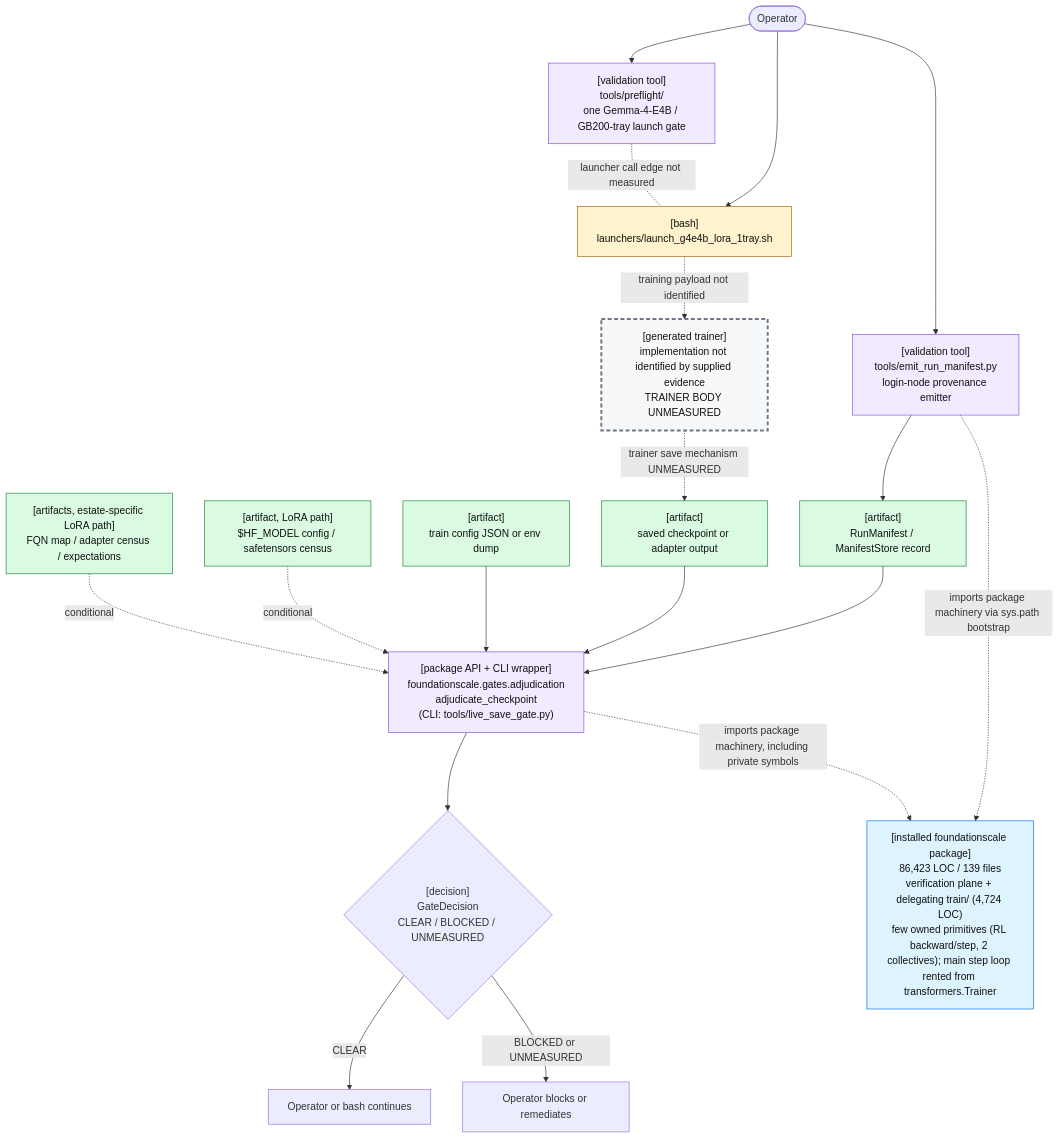
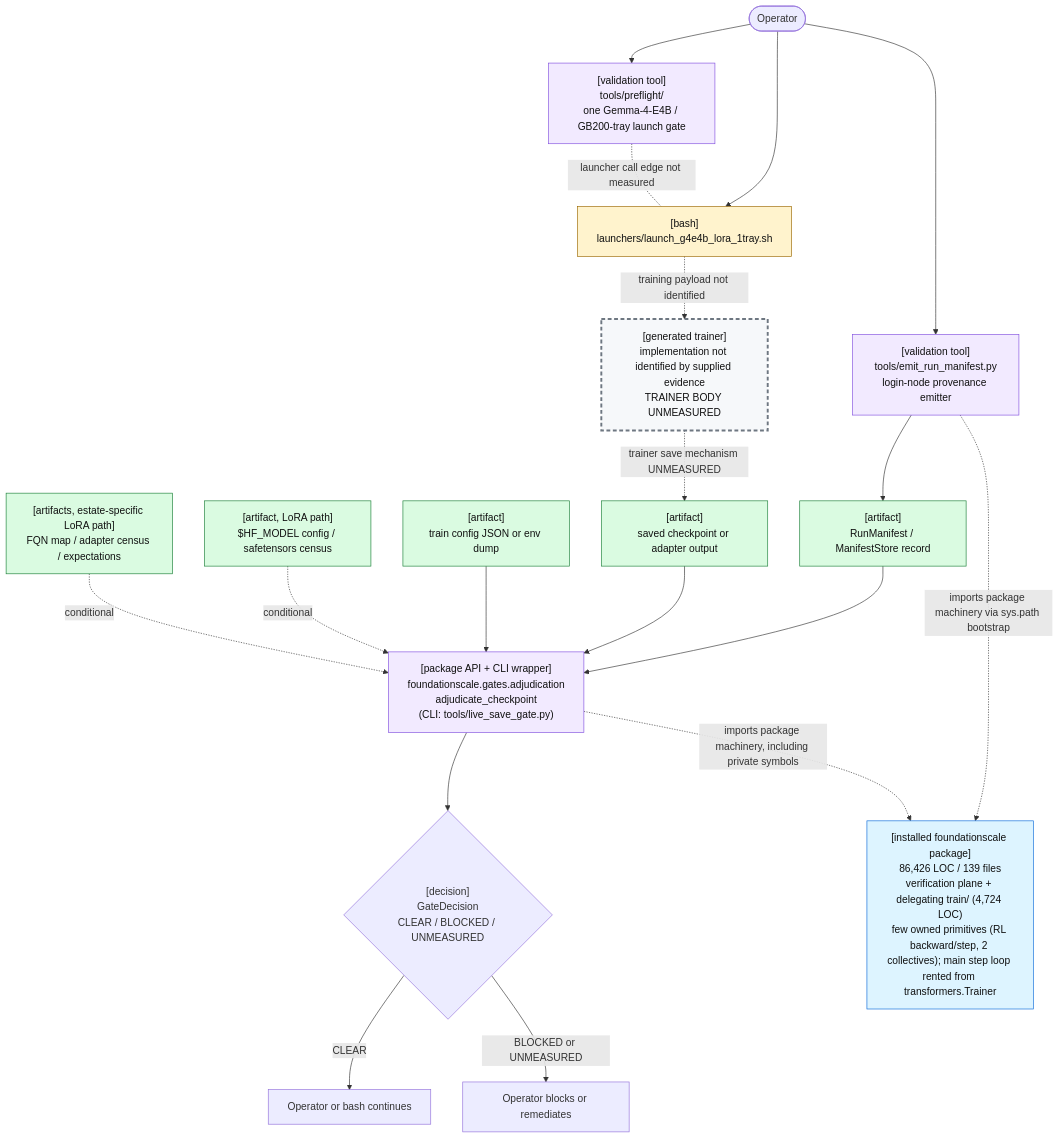
One commit to TranNhiem/FoundationScale changed the first of 2 diagrams in docs/review/D2_current_architecture.md. Above: the diagram before and after it, drawn with Mermaid. The commit also changed other lines of this file and 10 other files, not shown here.

````diff
--- a/docs/review/D2_current_architecture.md
+++ b/docs/review/D2_current_architecture.md
@@ -25,59 +25,59 @@
 ```mermaid
 flowchart TB
   O(["Operator"])
 
   PF["[validation tool]<br/>tools/preflight/<br/>one Gemma-4-E4B / GB200-tray launch gate"]
   L["[bash]<br/>launchers/launch_g4e4b_lora_1tray.sh"]
 
   E["[validation tool]<br/>tools/emit_run_manifest.py<br/>login-node provenance emitter"]
   M["[artifact]<br/>RunManifest / ManifestStore record"]
 
   T["[generated trainer]<br/>implementation not identified by supplied evidence<br/>TRAINER BODY UNMEASURED"]
   C["[artifact]<br/>saved checkpoint or adapter output"]
 
   G["[package API + CLI wrapper]<br/>foundationscale.gates.adjudication<br/>adjudicate_checkpoint<br/>(CLI: tools/live_save_gate.py)"]
   CFG["[artifact]<br/>train config JSON or env dump"]
   BASE["[artifact, LoRA path]<br/>$HF_MODEL config / safetensors census"]
   CEN["[artifacts, estate-specific LoRA path]<br/>FQN map / adapter census / expectations"]
 
   D{"[decision]<br/>GateDecision<br/>CLEAR / BLOCKED / UNMEASURED"}
   OK["Operator or bash continues"]
   NO["Operator blocks or remediates"]
 
-  PKG["[installed foundationscale package]<br/>86,423 LOC / 139 files<br/>verification plane + delegating train/ (4,724 LOC)<br/>few owned primitives (RL backward/step, 2 collectives); main step loop rented from transformers.Trainer"]
+  PKG["[installed foundationscale package]<br/>86,426 LOC / 139 files<br/>verification plane + delegating train/ (4,724 LOC)<br/>few owned primitives (RL backward/step, 2 collectives); main step loop rented from transformers.Trainer"]
 
   O --> PF
   O --> L
   PF -. "launcher call edge not measured" .- L
 
   O --> E
   E --> M
 
   L -. "training payload not identified" .-> T
   T -. "trainer save mechanism UNMEASURED" .-> C
 
   M --> G
   C --> G
   CFG --> G
   BASE -. "conditional" .-> G
   CEN -. "conditional" .-> G
 
   E -. "imports package machinery via sys.path bootstrap" .-> PKG
   G -. "imports package machinery, including private symbols" .-> PKG
 
   G --> D
   D -->|"CLEAR"| OK
   D -->|"BLOCKED or UNMEASURED"| NO
 
   classDef bash fill:#fff3cd,stroke:#9a6700,color:#111;
   classDef tool fill:#f2eaff,stroke:#8250df,color:#111;
   classDef artifact fill:#dafbe1,stroke:#1a7f37,color:#111;
   classDef gap fill:#f6f8fa,stroke:#6e7781,stroke-width:3px,stroke-dasharray: 6 4,color:#111;
   classDef pkg fill:#ddf4ff,stroke:#0969da,color:#111;
 
   class L bash;
   class PF,E,G tool;
   class M,C,CFG,BASE,CEN artifact;
   class T gap;
   class PKG pkg;
 ```
````
